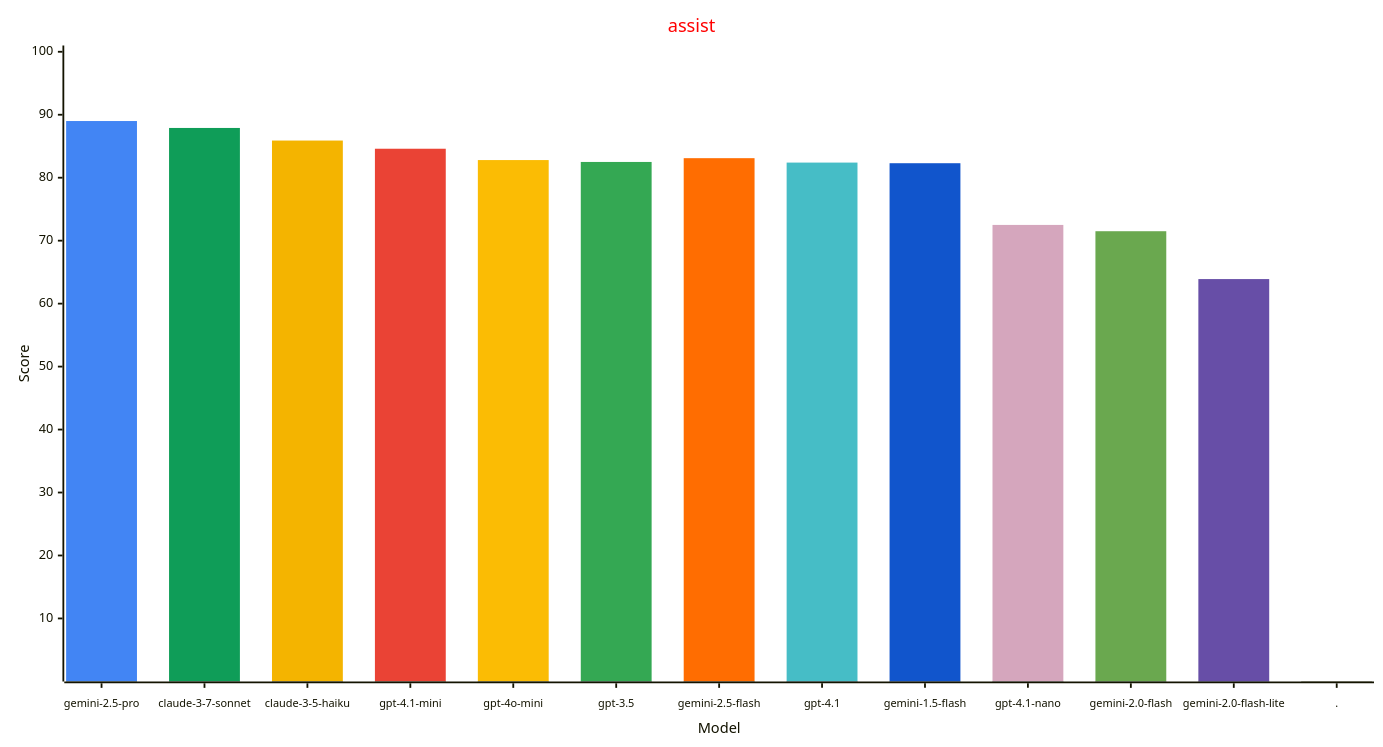
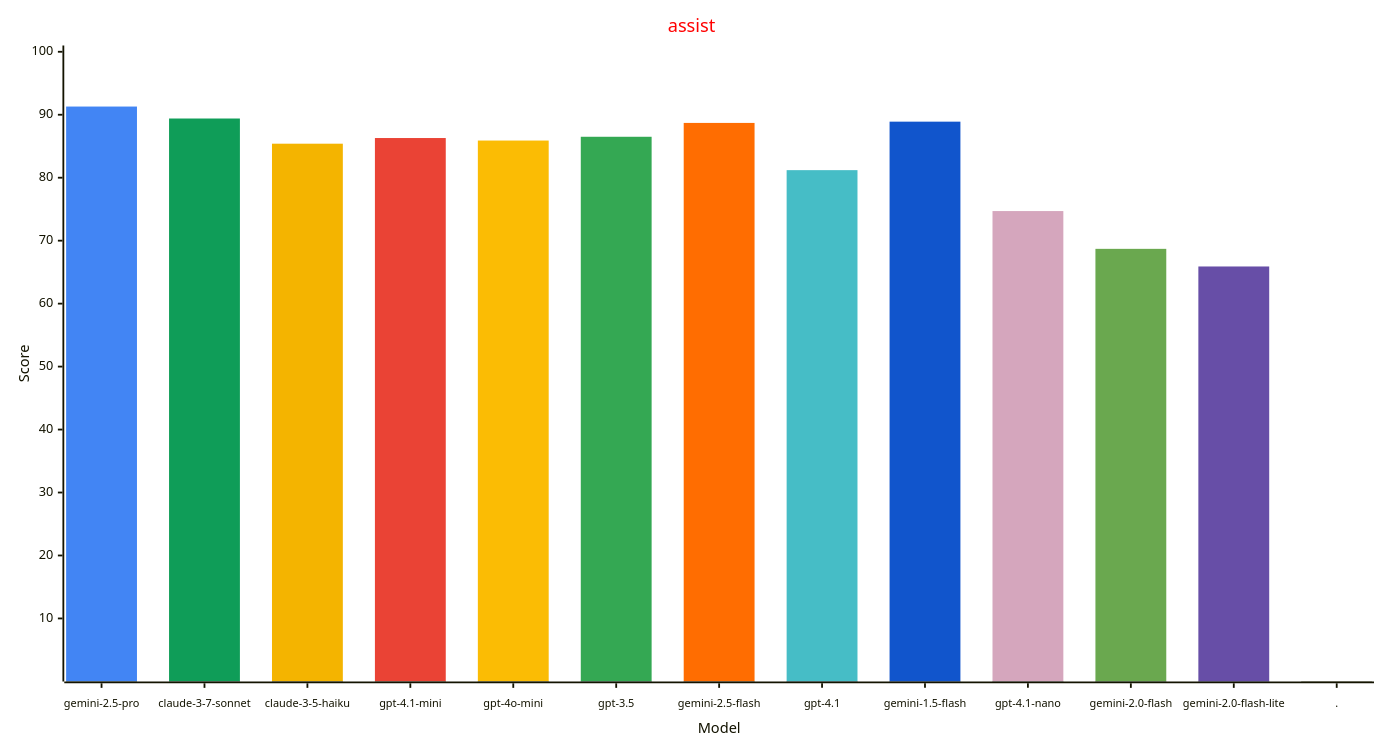
Before and after one commit to allenporter/home-assistant-datasets: the first of 4 diagrams in reports/README.md, drawn with Mermaid. The commit also changed other lines of this file and 1 other file, not shown here.

````diff
--- a/reports/README.md
+++ b/reports/README.md
@@ -39,33 +39,33 @@
 ```mermaid
 ---
 config:
     xyChart:
         width: 1500
         height: 800
         xAxis:
           labelFontSize: 12
           labelPadding: 8
     themeVariables:
         xyChart:
             titleColor: "#ff0000"
             plotColorPalette: "#4285f4, #0f9d58, #f4b400, #ea4335, #fbbc04, #34a853, #ff6d01, #46bdc6, #1155cc, #d5a6bd, #6aa84f, #674ea7, #4285f4"
 
 ---
 xychart-beta
   title "assist"
   x-axis "Model" [gemini-2.5-pro, claude-3-7-sonnet, claude-3-5-haiku, gpt-4.1-mini, gpt-4o-mini, gpt-3.5, gemini-2.5-flash, gpt-4.1, gemini-1.5-flash, gpt-4.1-nano, gemini-2.0-flash, gemini-2.0-flash-lite, .]
   y-axis "Score" 1 --> 100
-  bar [89.0, 0.0, 0.0, 0.0, 0.0, 0.0, 0.0, 0.0, 0.0, 0.0, 0.0, 0.0, 0.0]
-  bar [0.0, 87.9, 0.0, 0.0, 0.0, 0.0, 0.0, 0.0, 0.0, 0.0, 0.0, 0.0, 0.0]
-  bar [0.0, 0.0, 85.9, 0.0, 0.0, 0.0, 0.0, 0.0, 0.0, 0.0, 0.0, 0.0, 0.0]
-  bar [0.0, 0.0, 0.0, 84.6, 0.0, 0.0, 0.0, 0.0, 0.0, 0.0, 0.0, 0.0, 0.0]
-  bar [0.0, 0.0, 0.0, 0.0, 82.8, 0.0, 0.0, 0.0, 0.0, 0.0, 0.0, 0.0, 0.0]
-  bar [0.0, 0.0, 0.0, 0.0, 0.0, 82.5, 0.0, 0.0, 0.0, 0.0, 0.0, 0.0, 0.0]
-  bar [0.0, 0.0, 0.0, 0.0, 0.0, 0.0, 83.1, 0.0, 0.0, 0.0, 0.0, 0.0, 0.0]
-  bar [0.0, 0.0, 0.0, 0.0, 0.0, 0.0, 0.0, 82.4, 0.0, 0.0, 0.0, 0.0, 0.0]
-  bar [0.0, 0.0, 0.0, 0.0, 0.0, 0.0, 0.0, 0.0, 82.3, 0.0, 0.0, 0.0, 0.0]
-  bar [0.0, 0.0, 0.0, 0.0, 0.0, 0.0, 0.0, 0.0, 0.0, 72.5, 0.0, 0.0, 0.0]
-  bar [0.0, 0.0, 0.0, 0.0, 0.0, 0.0, 0.0, 0.0, 0.0, 0.0, 71.5, 0.0, 0.0]
-  bar [0.0, 0.0, 0.0, 0.0, 0.0, 0.0, 0.0, 0.0, 0.0, 0.0, 0.0, 63.9, 0.0]
+  bar [91.3, 0.0, 0.0, 0.0, 0.0, 0.0, 0.0, 0.0, 0.0, 0.0, 0.0, 0.0, 0.0]
+  bar [0.0, 89.4, 0.0, 0.0, 0.0, 0.0, 0.0, 0.0, 0.0, 0.0, 0.0, 0.0, 0.0]
+  bar [0.0, 0.0, 85.4, 0.0, 0.0, 0.0, 0.0, 0.0, 0.0, 0.0, 0.0, 0.0, 0.0]
+  bar [0.0, 0.0, 0.0, 86.3, 0.0, 0.0, 0.0, 0.0, 0.0, 0.0, 0.0, 0.0, 0.0]
+  bar [0.0, 0.0, 0.0, 0.0, 85.9, 0.0, 0.0, 0.0, 0.0, 0.0, 0.0, 0.0, 0.0]
+  bar [0.0, 0.0, 0.0, 0.0, 0.0, 86.5, 0.0, 0.0, 0.0, 0.0, 0.0, 0.0, 0.0]
+  bar [0.0, 0.0, 0.0, 0.0, 0.0, 0.0, 88.7, 0.0, 0.0, 0.0, 0.0, 0.0, 0.0]
+  bar [0.0, 0.0, 0.0, 0.0, 0.0, 0.0, 0.0, 81.2, 0.0, 0.0, 0.0, 0.0, 0.0]
+  bar [0.0, 0.0, 0.0, 0.0, 0.0, 0.0, 0.0, 0.0, 88.9, 0.0, 0.0, 0.0, 0.0]
+  bar [0.0, 0.0, 0.0, 0.0, 0.0, 0.0, 0.0, 0.0, 0.0, 74.7, 0.0, 0.0, 0.0]
+  bar [0.0, 0.0, 0.0, 0.0, 0.0, 0.0, 0.0, 0.0, 0.0, 0.0, 68.7, 0.0, 0.0]
+  bar [0.0, 0.0, 0.0, 0.0, 0.0, 0.0, 0.0, 0.0, 0.0, 0.0, 0.0, 65.9, 0.0]
   bar [0.0, 0.0, 0.0, 0.0, 0.0, 0.0, 0.0, 0.0, 0.0, 0.0, 0.0, 0.0, -1.0]
 ```
````
